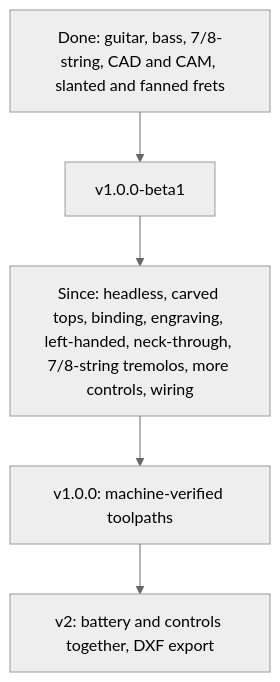
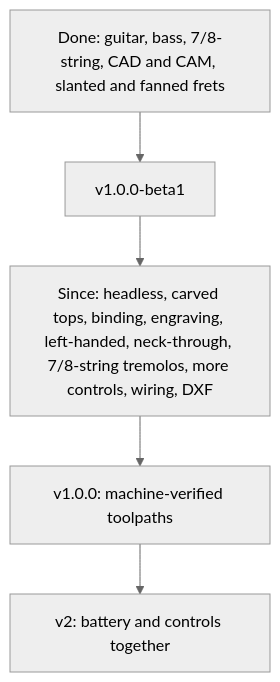
The diagram in ROADMAP.md (jolappi/CNCguitarwizard), drawn with Mermaid (neutral theme) before and after one commit. The commit also changed other lines of this file and 28 other files, not shown here.

First line of the commit message:
feat: battery and switch wiring, string ferrule counterbores and DXF export

````diff
--- a/ROADMAP.md
+++ b/ROADMAP.md
@@ -93,7 +94,7 @@
 ```mermaid
 flowchart TD
     Done["Done: guitar, bass, 7/8-string, CAD and CAM, slanted and fanned frets"] --> Beta["v1.0.0-beta1"]
-    Beta --> More["Since: headless, carved tops, binding, engraving, left-handed, neck-through, 7/8-string tremolos, more controls, wiring"]
+    Beta --> More["Since: headless, carved tops, binding, engraving, left-handed, neck-through, 7/8-string tremolos, more controls, wiring, DXF"]
     More --> V1["v1.0.0: machine-verified toolpaths"]
-    V1 --> V2["v2: battery and controls together, DXF export"]
+    V1 --> V2["v2: battery and controls together"]
 ```
````
